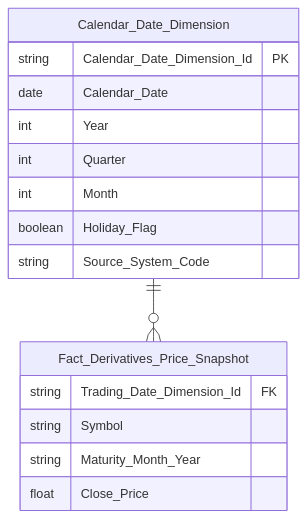
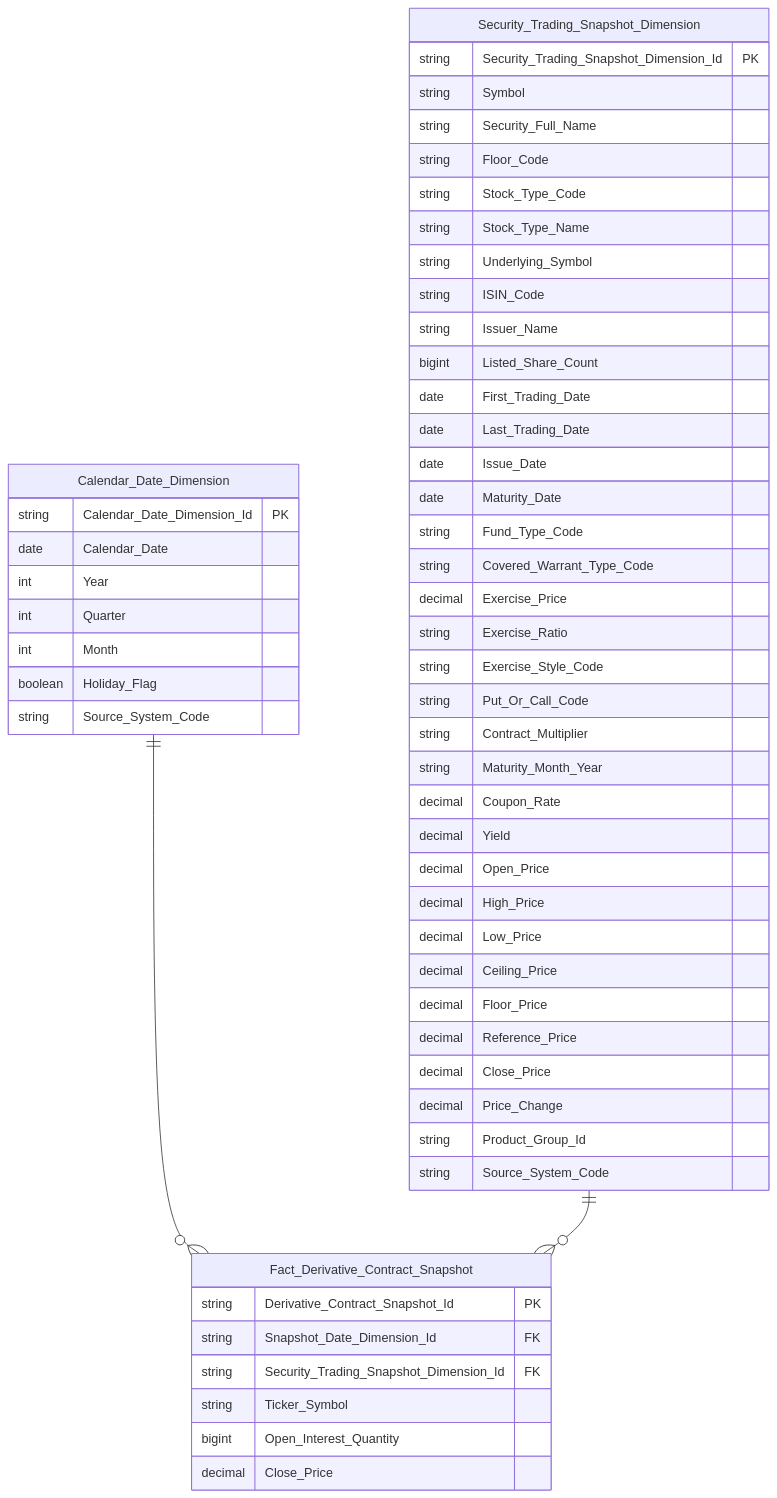
Before and after one commit to linhlvit/ubck_atomic_design: diagram 14 of 40 in Datamart/hld/DTM_VP_HLD.md, drawn with Mermaid. The commit also changed other lines of this file and 25 other files, not shown here.

````diff
--- a/Datamart/hld/DTM_VP_HLD.md
+++ b/Datamart/hld/DTM_VP_HLD.md
@@ -499,19 +759,58 @@
 ```mermaid
 erDiagram
     Calendar_Date_Dimension {
         string Calendar_Date_Dimension_Id PK
         date Calendar_Date
         int Year
         int Quarter
         int Month
         boolean Holiday_Flag
         string Source_System_Code
     }
-    Fact_Derivatives_Price_Snapshot {
-        string Trading_Date_Dimension_Id FK
+    Security_Trading_Snapshot_Dimension {
+        string Security_Trading_Snapshot_Dimension_Id PK
         string Symbol
+        string Security_Full_Name
+        string Floor_Code
+        string Stock_Type_Code
+        string Stock_Type_Name
+        string Underlying_Symbol
+        string ISIN_Code
+        string Issuer_Name
+        bigint Listed_Share_Count
+        date First_Trading_Date
+        date Last_Trading_Date
+        date Issue_Date
+        date Maturity_Date
+        string Fund_Type_Code
+        string Covered_Warrant_Type_Code
+        decimal Exercise_Price
+        string Exercise_Ratio
+        string Exercise_Style_Code
+        string Put_Or_Call_Code
+        string Contract_Multiplier
         string Maturity_Month_Year
-        float Close_Price
+        decimal Coupon_Rate
+        decimal Yield
+        decimal Open_Price
+        decimal High_Price
+        decimal Low_Price
+        decimal Ceiling_Price
+        decimal Floor_Price
+        decimal Reference_Price
+        decimal Close_Price
+        decimal Price_Change
+        string Product_Group_Id
+        string Source_System_Code
     }
-    Calendar_Date_Dimension ||--o{ Fact_Derivatives_Price_Snapshot : " "
+    Fact_Derivative_Contract_Snapshot {
+        string Derivative_Contract_Snapshot_Id PK
+        string Snapshot_Date_Dimension_Id FK
+        string Security_Trading_Snapshot_Dimension_Id FK
+        string Ticker_Symbol
+        bigint Open_Interest_Quantity
+        decimal Close_Price
+    }
+    Calendar_Date_Dimension ||--o{ Fact_Derivative_Contract_Snapshot : " "
+    Security_Trading_Snapshot_Dimension ||--o{ Fact_Derivative_Contract_Snapshot : " "
 ```
````
